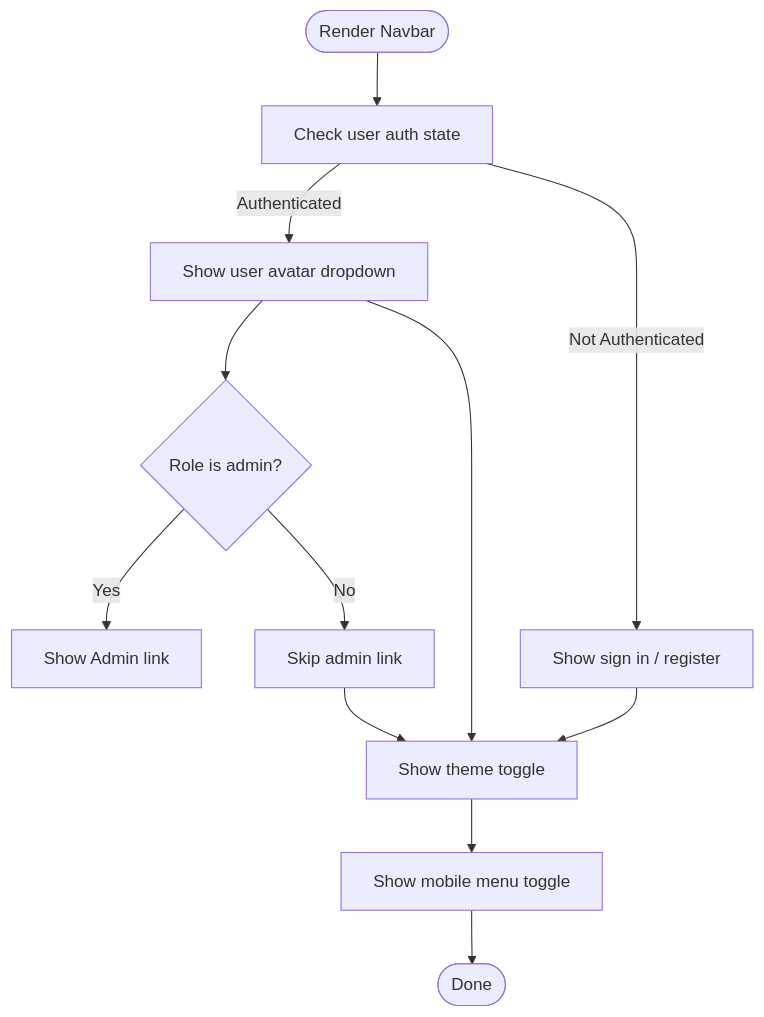
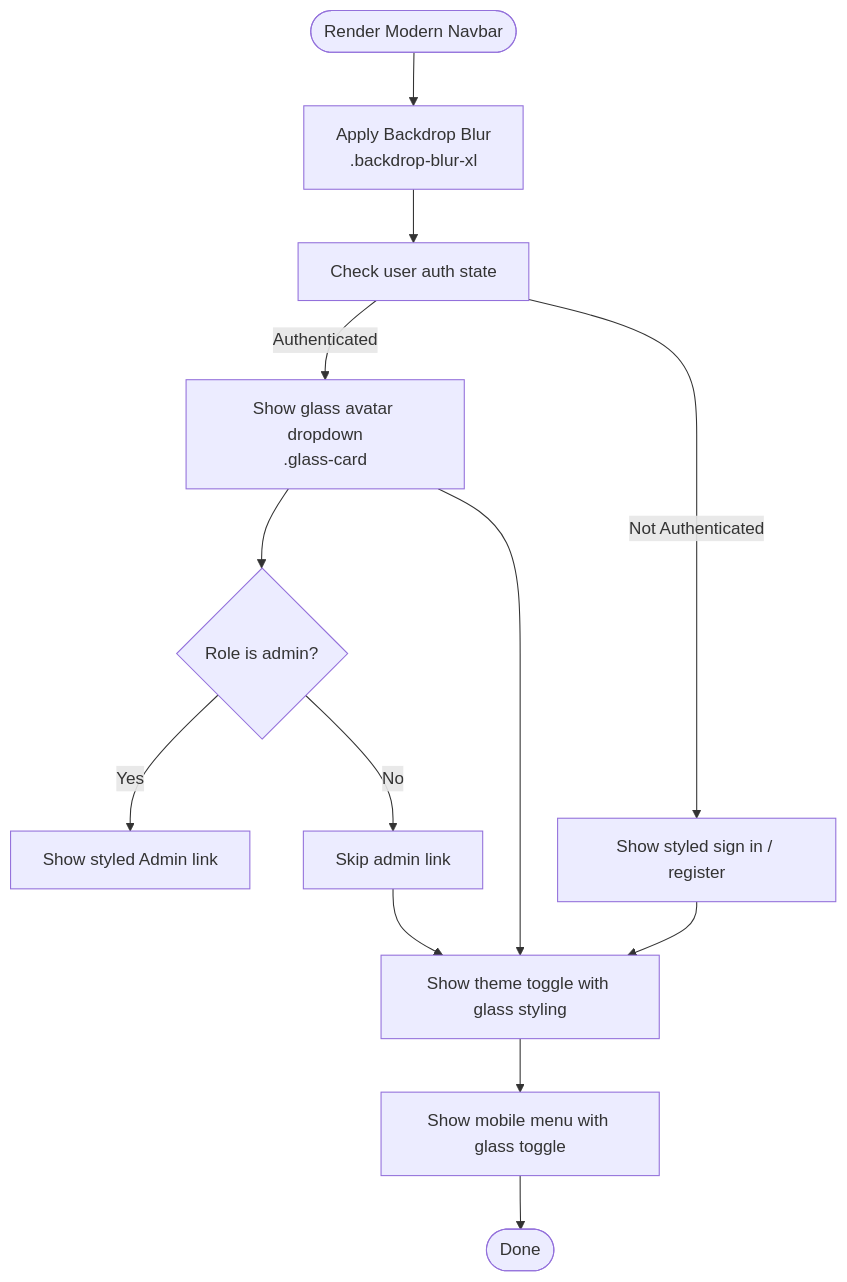
Before and after one commit to alikizang/datafrica: the seventh of 8 diagrams in .qoder/repowiki/en/content/UI Components/UI Components.md, drawn with Mermaid. The commit also changed other lines of this file and 15 other files, not shown here.

First line of the commit message:
Fix auth loading, add Firestore rules, KKiaPay webhook, admin redirect

````diff
--- a/.qoder/repowiki/en/content/UI Components/UI Components.md
+++ b/.qoder/repowiki/en/content/UI Components/UI Components.md
@@ -371,14 +515,15 @@
 ```mermaid
 flowchart TD
-Start(["Render Navbar"]) --> CheckAuth["Check user auth state"]
-CheckAuth --> |Authenticated| UserMenu["Show user avatar dropdown"]
-CheckAuth --> |Not Authenticated| GuestLinks["Show sign in / register"]
+Start(["Render Modern Navbar"]) --> GlassEffect["Apply Backdrop Blur<br/>.backdrop-blur-xl"]
+GlassEffect --> CheckAuth["Check user auth state"]
+CheckAuth --> |Authenticated| UserMenu["Show glass avatar dropdown<br/>.glass-card"]
+CheckAuth --> |Not Authenticated| GuestLinks["Show styled sign in / register"]
 UserMenu --> Admin{"Role is admin?"}
-Admin --> |Yes| AdminLink["Show Admin link"]
+Admin --> |Yes| AdminLink["Show styled Admin link"]
 Admin --> |No| NoAdmin["Skip admin link"]
-GuestLinks --> Theme["Show theme toggle"]
+GuestLinks --> Theme["Show theme toggle with glass styling"]
 UserMenu --> Theme
-Theme --> Mobile["Show mobile menu toggle"]
+Theme --> Mobile["Show mobile menu with glass toggle"]
 NoAdmin --> Theme
 Mobile --> End(["Done"])
 ```
````
